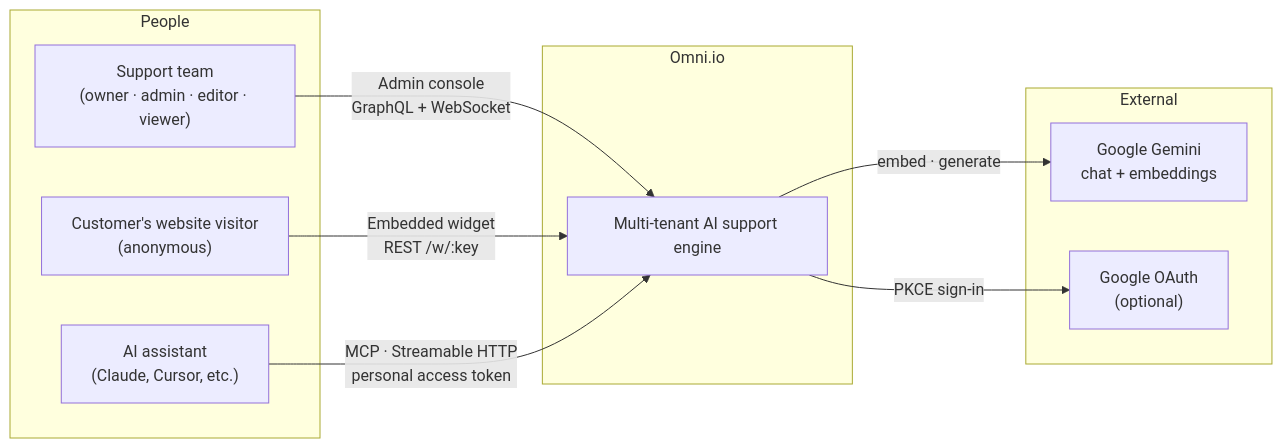
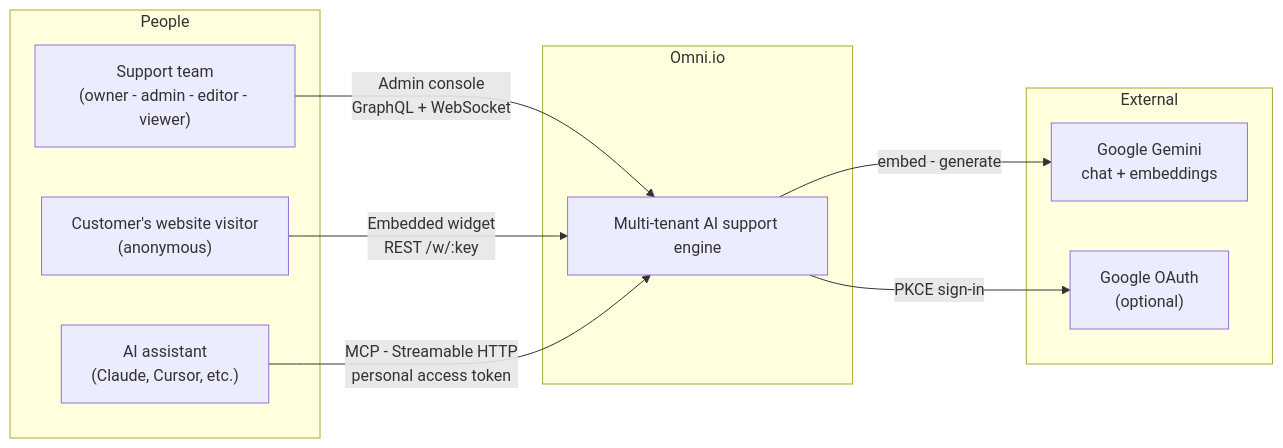
Before and after one commit to JawadulHadi/omni-io: the first of 14 diagrams in docs/gist/omni-io-architecture.md, drawn with Mermaid. The commit also changed other lines of this file, not shown here.

First line of the commit message:
docs(gist): make the architecture doc ASCII-only and drop the raw script tag

````diff
--- a/docs/gist/omni-io-architecture.md
+++ b/docs/gist/omni-io-architecture.md
@@ -48,23 +48,23 @@
 ```mermaid
 flowchart LR
   subgraph People
-    OP["Support team<br/>(owner · admin · editor · viewer)"]
+    OP["Support team<br/>(owner - admin - editor - viewer)"]
     VIS["Customer's website visitor<br/>(anonymous)"]
     AIA["AI assistant<br/>(Claude, Cursor, etc.)"]
   end
 
   subgraph Omni["Omni.io"]
     SYS["Multi-tenant AI support engine"]
   end
 
   subgraph External
     GEM["Google Gemini<br/>chat + embeddings"]
     GOO["Google OAuth<br/>(optional)"]
   end
 
   OP -- "Admin console<br/>GraphQL + WebSocket" --> SYS
   VIS -- "Embedded widget<br/>REST /w/:key" --> SYS
-  AIA -- "MCP · Streamable HTTP<br/>personal access token" --> SYS
-  SYS -- "embed · generate" --> GEM
+  AIA -- "MCP - Streamable HTTP<br/>personal access token" --> SYS
+  SYS -- "embed - generate" --> GEM
   SYS -- "PKCE sign-in" --> GOO
 ```
````
